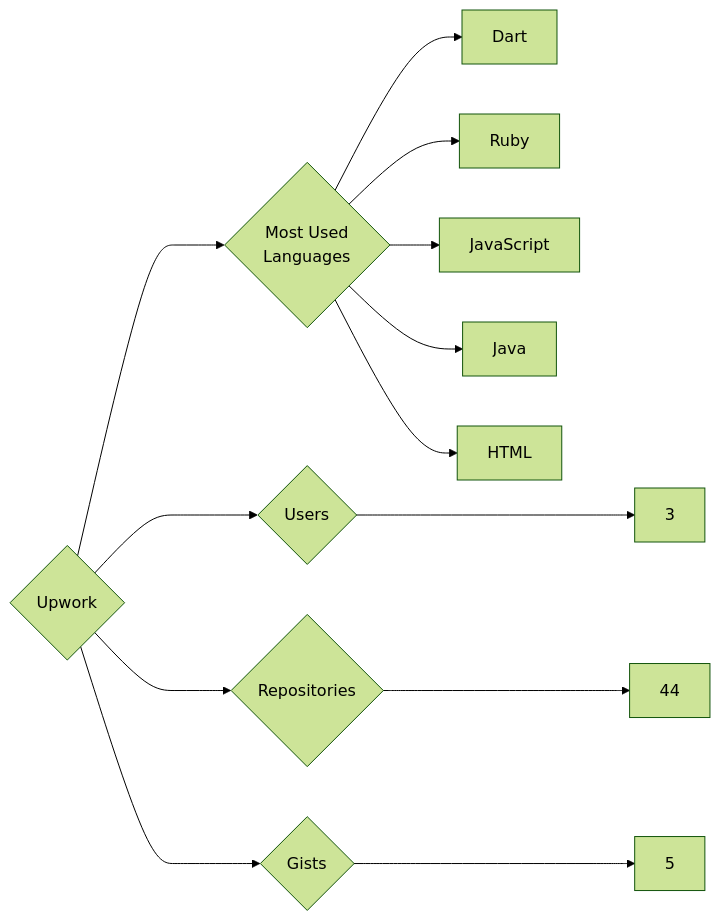
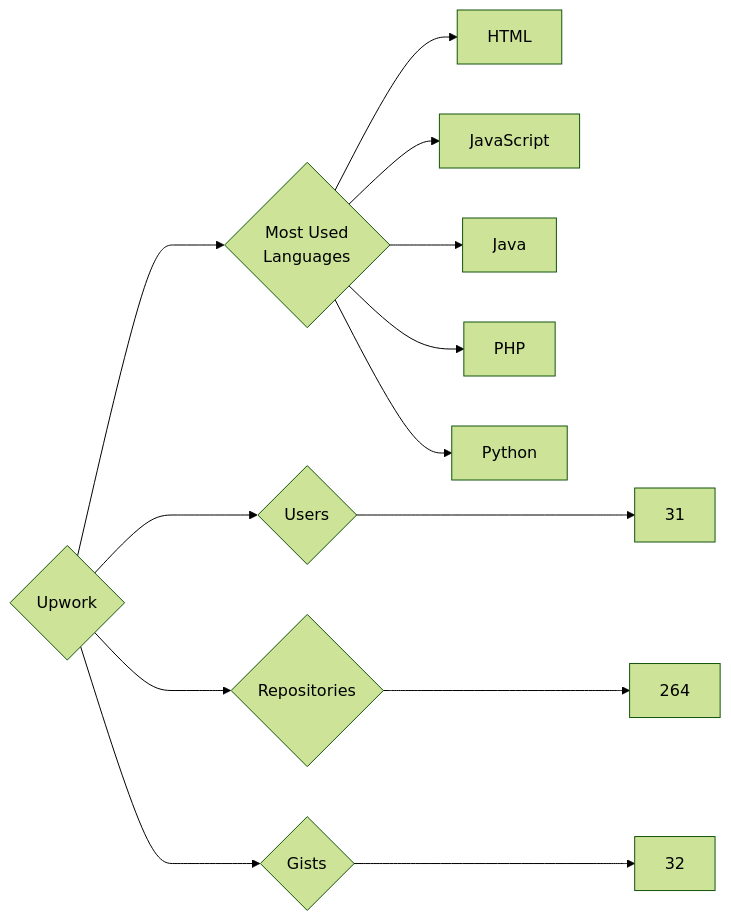
One commit to trickest/insiders changed the diagram in targets/Upwork/README.md. Above: the diagram before and after it, drawn with Mermaid (forest theme). The commit also changed 871 other files, not shown here.

````diff
--- a/targets/Upwork/README.md
+++ b/targets/Upwork/README.md
@@ -3,13 +3,13 @@
 ```mermaid
 graph LR
 COMPANY_NAME{Upwork}
-COMPANY_NAME ---> U{Users} ---> UN[3]
-COMPANY_NAME ---> R{Repositories} ---> RN[44]
-COMPANY_NAME ---> G{Gists} ---> GN[5]
+COMPANY_NAME ---> U{Users} ---> UN[31]
+COMPANY_NAME ---> R{Repositories} ---> RN[264]
+COMPANY_NAME ---> G{Gists} ---> GN[32]
 COMPANY_NAME ---> ML{Most Used<br>Languages}
-ML --> Dart[Dart]
-ML --> Ruby[Ruby]
+ML --> HTML[HTML]
 ML --> JavaScript[JavaScript]
 ML --> Java[Java]
-ML --> HTML[HTML]
+ML --> PHP[PHP]
+ML --> Python[Python]
 ```
````
